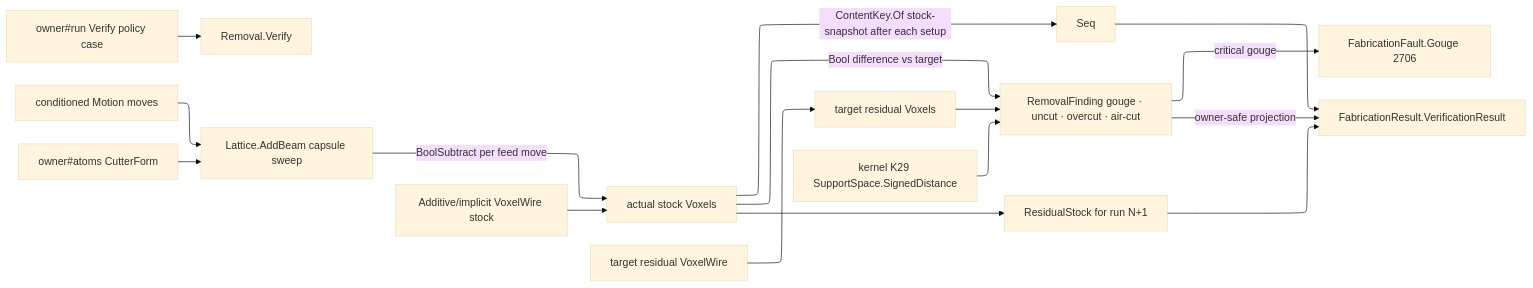
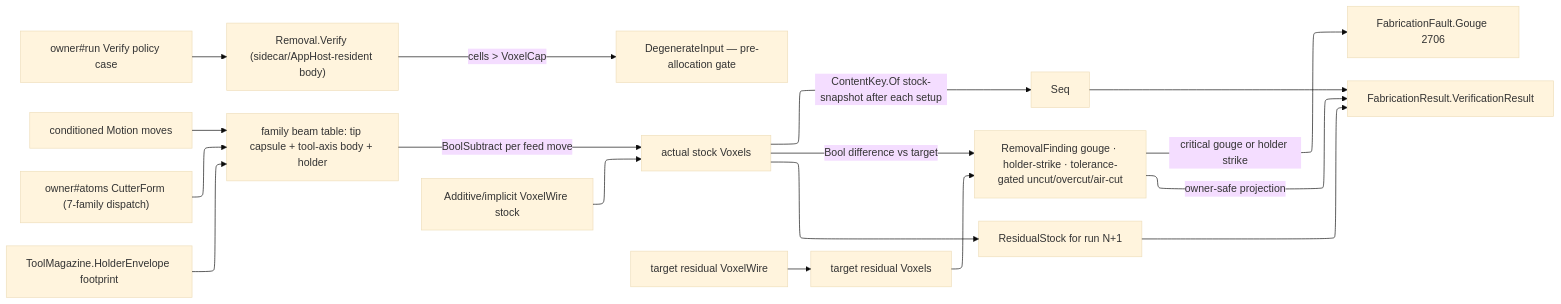
Before and after one commit to bsamiee/Rasm: the diagram in libs/csharp/Rasm.Fabrication/.planning/Verify/removal.md, drawn with Mermaid. The commit also changed other lines of this file and 79 other files, not shown here.

````diff
--- a/libs/csharp/Rasm.Fabrication/.planning/Verify/removal.md
+++ b/libs/csharp/Rasm.Fabrication/.planning/Verify/removal.md
@@ -320,23 +396,24 @@
 ```mermaid
 ---
 config:
   layout: elk
   theme: base
 ---
 flowchart LR
-    Run["owner#run Verify policy case"] --> Removal["Removal.Verify"]
+    Run["owner#run Verify policy case"] --> Removal["Removal.Verify (sidecar/AppHost-resident body)"]
+    Removal -->|"cells > VoxelCap"| Cap["DegenerateInput — pre-allocation gate"]
     Stock["Additive/implicit VoxelWire stock"] --> Actual["actual stock Voxels"]
     Target["target residual VoxelWire"] --> Nominal["target residual Voxels"]
-    Motion["conditioned Motion moves"] --> Sweep["Lattice.AddBeam capsule sweep"]
-    Cutter["owner#atoms CutterForm"] --> Sweep
+    Motion["conditioned Motion moves"] --> Sweep["family beam table: tip capsule + tool-axis body + holder"]
+    Cutter["owner#atoms CutterForm (7-family dispatch)"] --> Sweep
+    Holder["ToolMagazine.HolderEnvelope footprint"] --> Sweep
     Sweep -->|"BoolSubtract per feed move"| Actual
     Actual -->|"ContentKey.Of stock-snapshot after each setup"| Snapshot["Seq<StockSnapshot>"]
-    Actual -->|"Bool difference vs target"| Receipt["RemovalFinding gouge · uncut · overcut · air-cut"]
+    Actual -->|"Bool difference vs target"| Receipt["RemovalFinding gouge · holder-strike · tolerance-gated uncut/overcut/air-cut"]
     Nominal --> Receipt
-    Receipt -->|"critical gouge"| Fault["FabricationFault.Gouge 2706"]
+    Receipt -->|"critical gouge or holder strike"| Fault["FabricationFault.Gouge 2706"]
     Receipt -->|"owner-safe projection"| Result["FabricationResult.VerificationResult"]
     Snapshot --> Result
     Actual --> Residual["ResidualStock for run N+1"]
     Residual --> Result
-    K29["kernel K29 SupportSpace.SignedDistance"] --> Receipt
 ```
````
